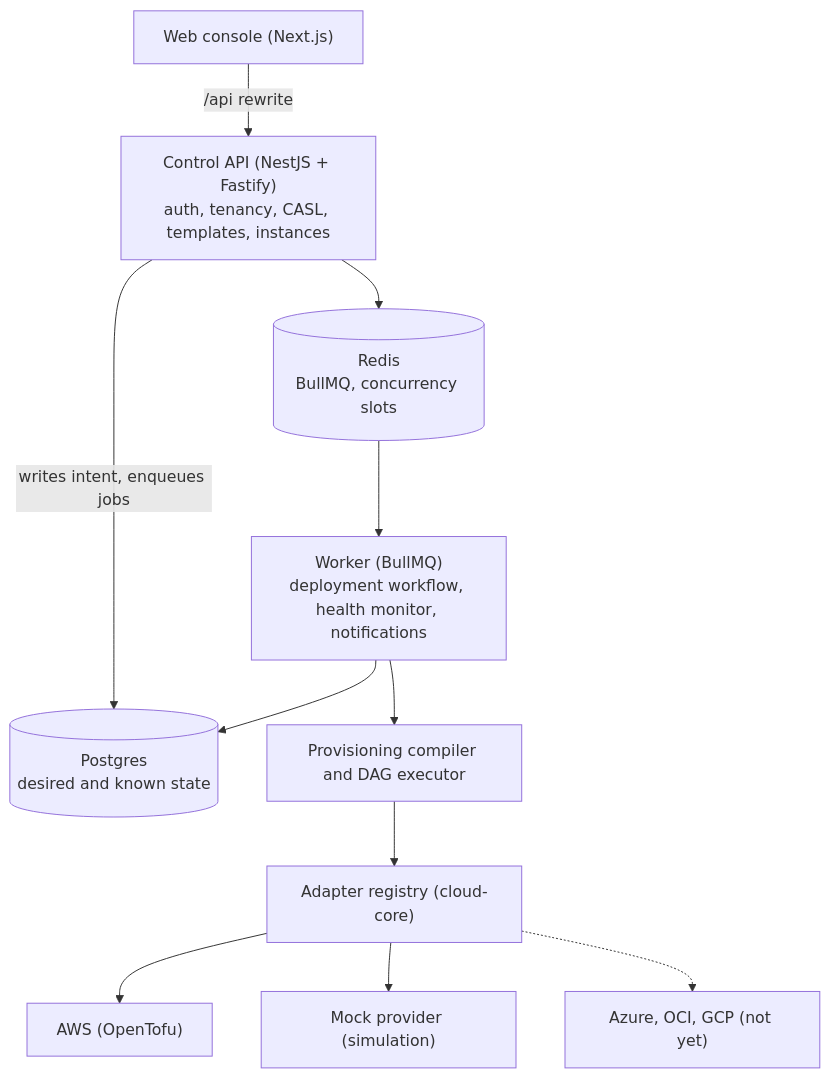
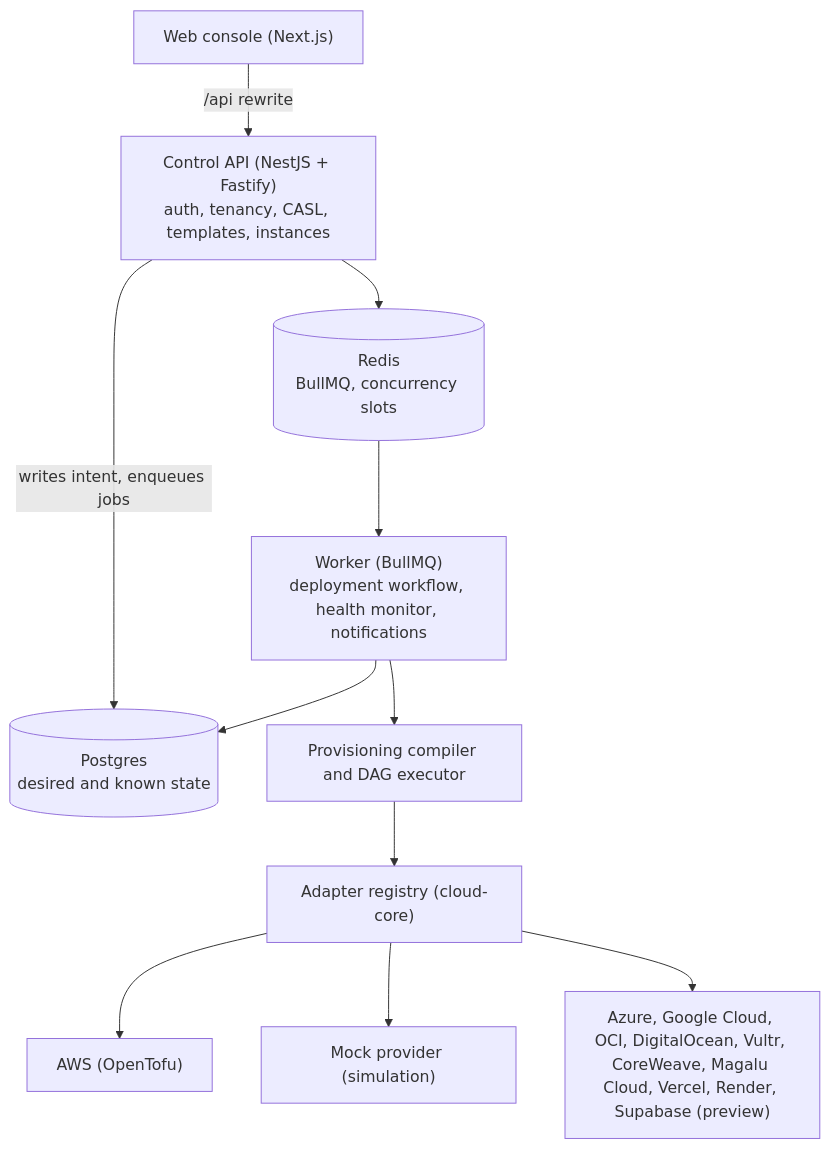
One commit to orkstage/orkstage changed the diagram in docs/ARCHITECTURE.md. Above: the diagram before and after it, drawn with Mermaid. The commit also changed 3 other files, not shown here.

Commit message:
docs: accurate provider status; ROADMAP points to the plans in orkstage-dev

````diff
--- a/docs/ARCHITECTURE.md
+++ b/docs/ARCHITECTURE.md
@@ -5,13 +5,13 @@
 ```mermaid
 flowchart TB
   web["Web console (Next.js)"] -->|"/api rewrite"| api["Control API (NestJS + Fastify)<br/>auth, tenancy, CASL, templates, instances"]
   api -->|"writes intent, enqueues jobs"| pg[("Postgres<br/>desired and known state")]
   api --> redis[("Redis<br/>BullMQ, concurrency slots")]
   redis --> worker["Worker (BullMQ)<br/>deployment workflow, health monitor, notifications"]
   worker --> pg
   worker --> compiler["Provisioning compiler and DAG executor"]
   compiler --> registry["Adapter registry (cloud-core)"]
   registry --> aws["AWS (OpenTofu)"]
   registry --> mock["Mock provider (simulation)"]
-  registry -.-> later["Azure, OCI, GCP (not yet)"]
+  registry --> preview["Azure, Google Cloud, OCI, DigitalOcean, Vultr, CoreWeave, Magalu Cloud, Vercel, Render, Supabase (preview)"]
 ```
````
